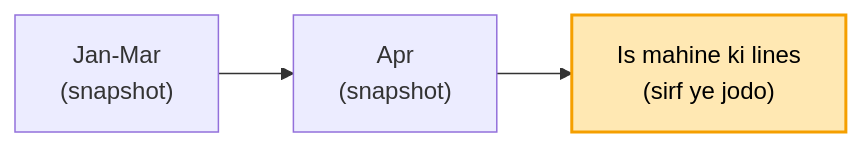
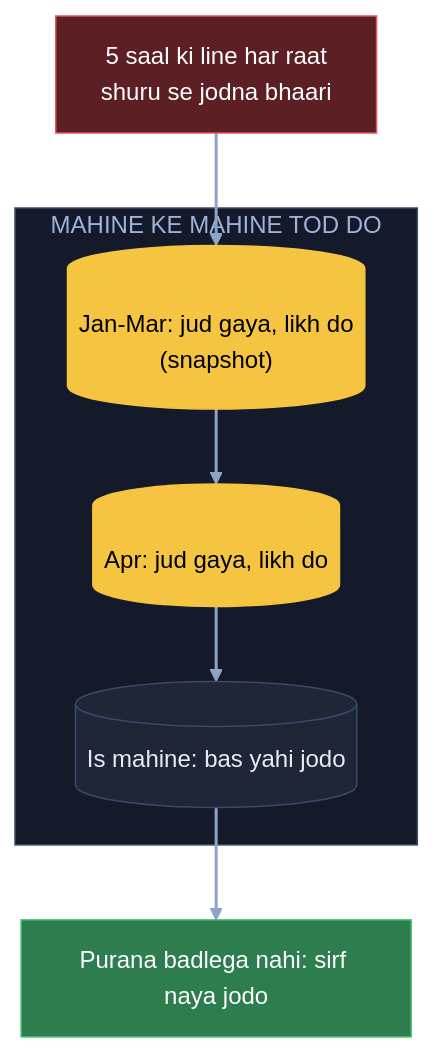
Before and after one commit to ArpanMaheshwari144/Prep: diagram 11 of 20 in 04_HLD/SYSTEM_DESIGNS/13_banking_system/13_banking_system.md, drawn with Mermaid. The commit also changed other lines of this file, not shown here.

Commit message:
Banking: 20 diagram hand notes ke shabdon se (branch, register, diary, laptop, photocopy, chhotu)

````diff
--- a/04_HLD/SYSTEM_DESIGNS/13_banking_system/13_banking_system.md
+++ b/04_HLD/SYSTEM_DESIGNS/13_banking_system/13_banking_system.md
@@ -227,6 +354,20 @@
 ```mermaid
-flowchart LR
-    J["Jan-Mar<br/>(snapshot)"] --> A["Apr<br/>(snapshot)"]
-    A --> N["Is mahine ki lines<br/>(sirf ye jodo)"]
-    style N fill:#ffe8b3,stroke:#f59f00,stroke-width:2px,color:#000
+flowchart TB
+    X["5 saal ki line har raat<br/>shuru se jodna bhaari"]:::bad
+    subgraph MT["MAHINE KE MAHINE TOD DO"]
+        J[("Jan-Mar: jud gaya, likh do<br/>(snapshot)")]:::pill
+        A[("Apr: jud gaya, likh do")]:::pill
+        N[("Is mahine: bas yahi jodo")]:::card
+    end
+    OK["Purana badlega nahi: sirf naya jodo"]:::good
+    X --> J
+    J --> A
+    A --> N
+    N --> OK
+    linkStyle default stroke:#8fa3c7,stroke-width:2px
+    classDef card fill:#1e2638,stroke:#3a4a6b,color:#e8ecf5
+    classDef pill fill:#f5c542,stroke:#f5c542,color:#000
+    classDef good fill:#2e7d4f,stroke:#3fbf6f,color:#fff
+    classDef bad fill:#5c1f24,stroke:#e05561,color:#fff
+    style MT fill:#141a29,stroke:#3a4a6b,color:#9fb3d9
 ```
````
